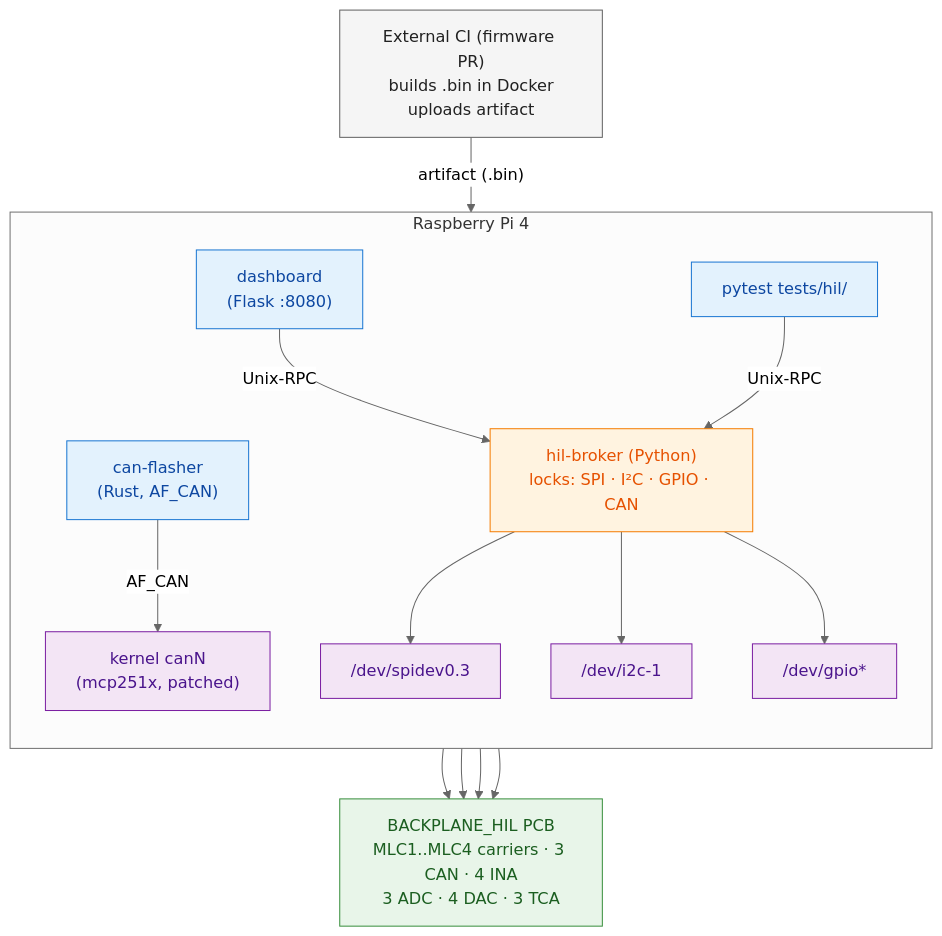
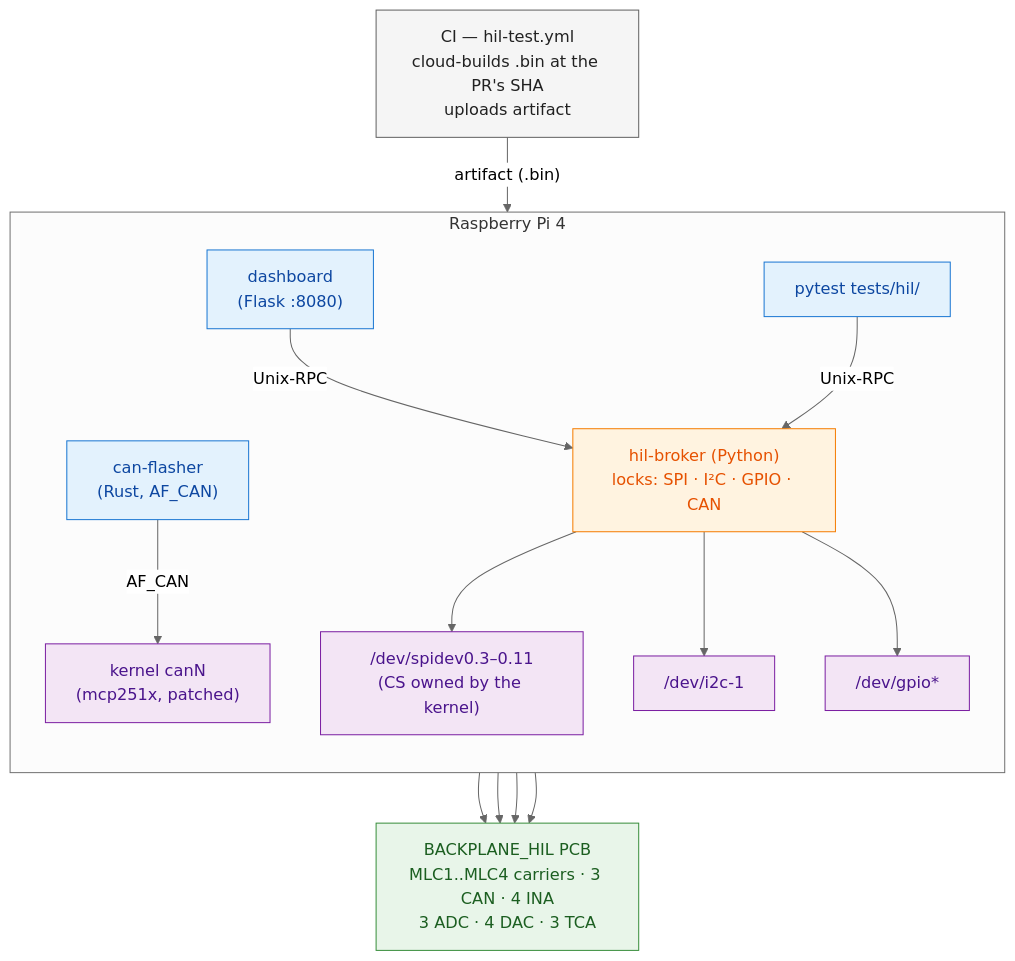
One commit to isc-fs/IFS_HIL changed the diagram in CLAUDE.md. Above: the diagram before and after it, drawn with Mermaid (neutral theme). The commit also changed other lines of this file, not shown here.

````diff
--- a/CLAUDE.md
+++ b/CLAUDE.md
@@ -209,46 +223,46 @@
 ```mermaid
 flowchart TD
-    CI["External CI (firmware PR)<br/>builds .bin in Docker<br/>uploads artifact"]
+    CI["CI — hil-test.yml<br/>cloud-builds .bin at the PR's SHA<br/>uploads artifact"]
 
     subgraph Pi["Raspberry Pi 4"]
         direction TB
 
         DASH["dashboard<br/>(Flask :8080)"]
         PYTEST["pytest tests/hil/"]
         FLASH["can-flasher<br/>(Rust, AF_CAN)"]
 
         BROKER["hil-broker (Python)<br/>locks: SPI · I²C · GPIO · CAN"]
 
-        SPI["/dev/spidev0.3"]
+        SPI["/dev/spidev0.3–0.11<br/>(CS owned by the kernel)"]
         I2C["/dev/i2c-1"]
         GPIO["/dev/gpio*"]
         CANK["kernel canN<br/>(mcp251x, patched)"]
 
         DASH -- "Unix-RPC" --> BROKER
         PYTEST -- "Unix-RPC" --> BROKER
         FLASH -- "AF_CAN" --> CANK
         BROKER --> SPI
         BROKER --> I2C
         BROKER --> GPIO
     end
 
     PCB["BACKPLANE_HIL PCB<br/>MLC1..MLC4 carriers · 3 CAN · 4 INA<br/>3 ADC · 4 DAC · 3 TCA"]
 
     CI -- "artifact (.bin)" --> FLASH
     SPI --> PCB
     I2C --> PCB
     GPIO --> PCB
     CANK --> PCB
 
     classDef external fill:#f5f5f5,stroke:#616161,color:#212121
     classDef client fill:#e3f2fd,stroke:#1976d2,color:#0d47a1
     classDef broker fill:#fff3e0,stroke:#f57c00,color:#e65100
     classDef kernel fill:#f3e5f5,stroke:#7b1fa2,color:#4a148c
     classDef hardware fill:#e8f5e9,stroke:#388e3c,color:#1b5e20
 
     class CI external
     class DASH,PYTEST,FLASH client
     class BROKER broker
     class SPI,I2C,GPIO,CANK kernel
     class PCB hardware
 ```
````
